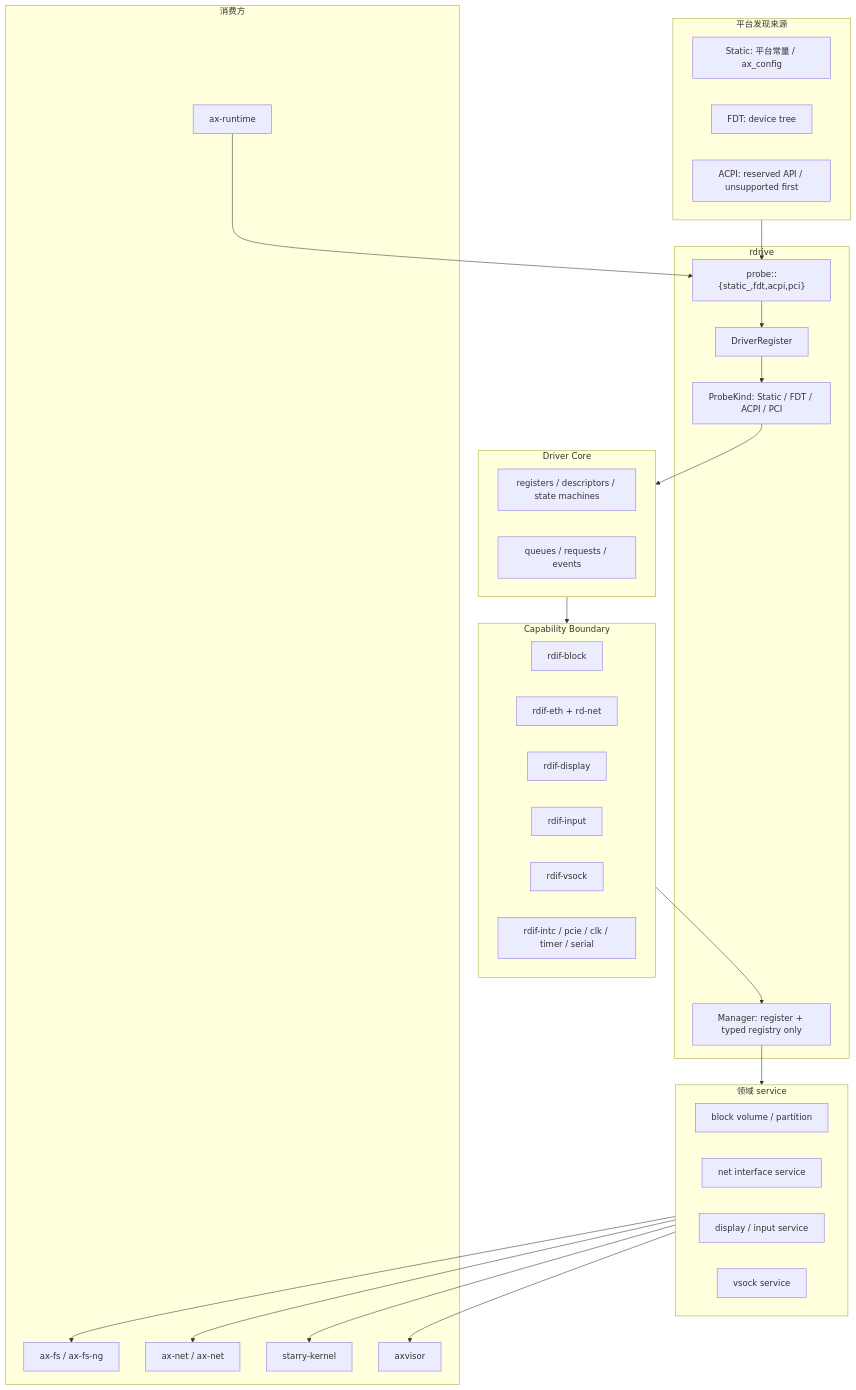
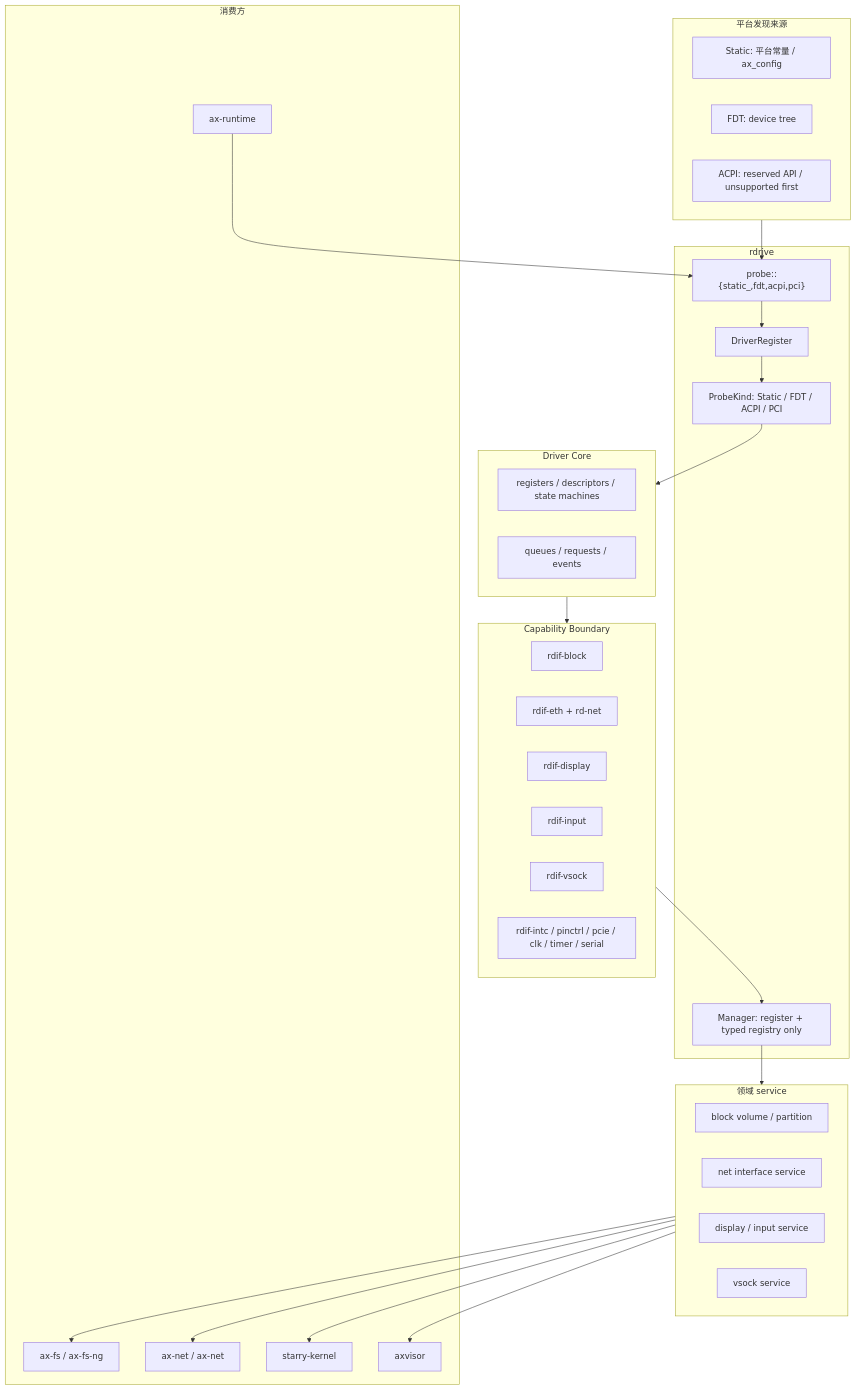
Before and after one commit to rcore-os/tgoskits: the first of 3 diagrams in docs/docs/architecture/rdrive-rdif.md, drawn with Mermaid. The commit also changed other lines of this file and 20 other files, not shown here.

Commit message:
feat(rdif-pinctrl): add FDT pinctrl apply support

````diff
--- a/docs/docs/architecture/rdrive-rdif.md
+++ b/docs/docs/architecture/rdrive-rdif.md
@@ -33,57 +33,57 @@
 ```mermaid
 flowchart TB
     subgraph Sources["平台发现来源"]
         Static["Static: 平台常量 / ax_config"]
         Fdt["FDT: device tree"]
         Acpi["ACPI: reserved API / unsupported first"]
     end
 
     subgraph Rdrive["rdrive"]
         Manager["Manager: register + typed registry only"]
         Register["DriverRegister"]
         Kind["ProbeKind: Static / FDT / ACPI / PCI"]
         Backends["probe::{static_,fdt,acpi,pci}"]
     end
 
     subgraph DriverCore["Driver Core"]
         HwState["registers / descriptors / state machines"]
         Queues["queues / requests / events"]
     end
 
     subgraph Capability["Capability Boundary"]
         RdifBlock["rdif-block"]
         RdifEth["rdif-eth + rd-net"]
         RdifDisplay["rdif-display"]
         RdifInput["rdif-input"]
         RdifVsock["rdif-vsock"]
-        RdifPlatform["rdif-intc / pcie / clk / timer / serial"]
+        RdifPlatform["rdif-intc / pinctrl / pcie / clk / timer / serial"]
     end
 
     subgraph Services["领域 service"]
         BlockVolume["block volume / partition"]
         NetService["net interface service"]
         UiService["display / input service"]
         VsockService["vsock service"]
     end
 
     subgraph Consumers["消费方"]
         Runtime["ax-runtime"]
         Fs["ax-fs / ax-fs-ng"]
         Net["ax-net / ax-net"]
         Starry["starry-kernel"]
         Axvisor["axvisor"]
     end
 
     Sources --> Backends
     Backends --> Register
     Register --> Kind
     Kind --> DriverCore
     DriverCore --> Capability
     Capability --> Manager
     Runtime --> Backends
     Manager --> Services
     Services --> Fs
     Services --> Net
     Services --> Starry
     Services --> Axvisor
 ```
````
